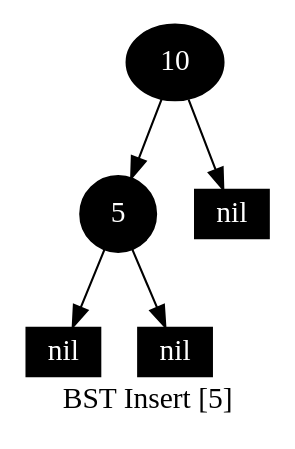
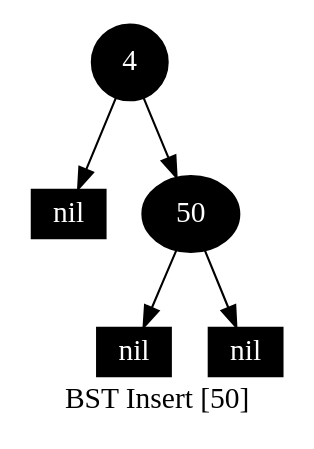
One commit to Sinopsys/DS-A-Assignments changed the diagram in 14/impl/cmake-build-debug/gv_files/dump_#_0002.gv. Above: the diagram before and after it, drawn with Graphviz. The commit also changed 101 other files, not shown here.

```diff
--- a/14/impl/cmake-build-debug/gv_files/dump_#_0002.gv
+++ b/14/impl/cmake-build-debug/gv_files/dump_#_0002.gv
@@ -1,13 +1,13 @@
 digraph G {
-    label="BST Insert [5]";
+    label="BST Insert [50]";
     node [width=0.5,fontcolor=white,style=filled];
-    10 [fillcolor=black]
-    10 -> 5
-    10 -> NULLr10
-    NULLr10 [label="nil",width=0.3,height=0.2,shape=box,fillcolor=black]
-    5 [fillcolor=black]
-    5 -> NULLl5
-    NULLl5 [label="nil",width=0.3,height=0.2,shape=box,fillcolor=black]
-    5 -> NULLr5
-    NULLr5 [label="nil",width=0.3,height=0.2,shape=box,fillcolor=black]
+    4 [fillcolor=black]
+    4 -> NULLl4
+    NULLl4 [label="nil",width=0.3,height=0.2,shape=box,fillcolor=black]
+    4 -> 50
+    50 [fillcolor=black]
+    50 -> NULLl50
+    NULLl50 [label="nil",width=0.3,height=0.2,shape=box,fillcolor=black]
+    50 -> NULLr50
+    NULLr50 [label="nil",width=0.3,height=0.2,shape=box,fillcolor=black]
 }
```
